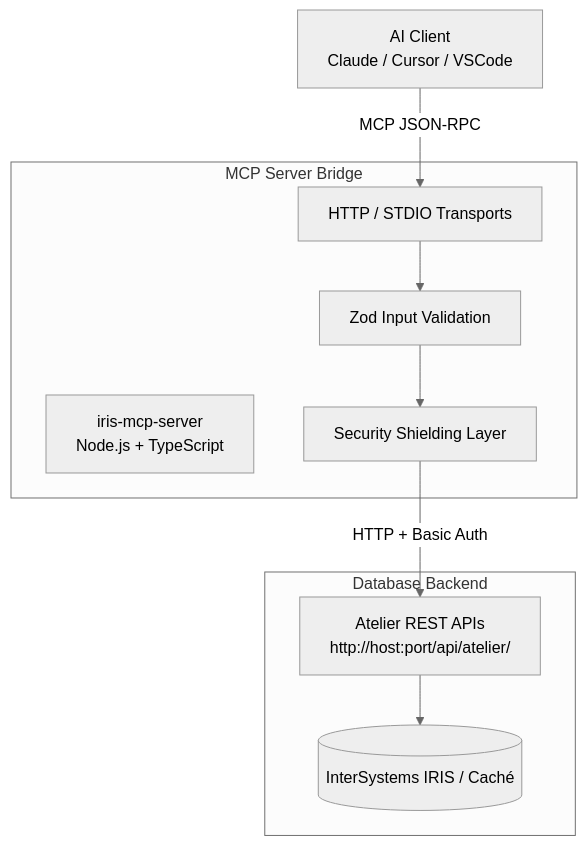
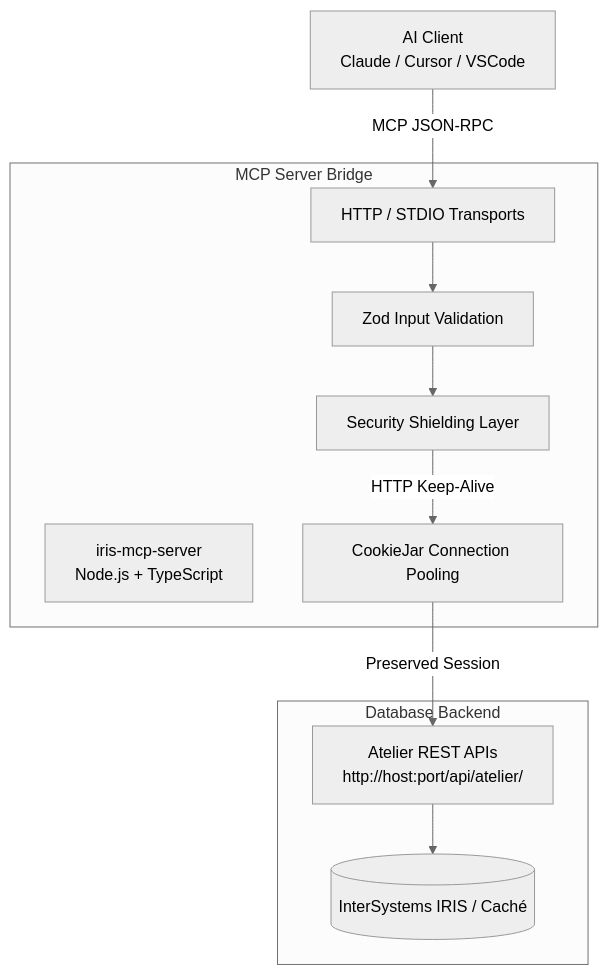
One commit to Muthu0044/iris-mcp-server changed the diagram in README.md. Above: the diagram before and after it, drawn with Mermaid (neutral theme). The commit also changed other lines of this file, not shown here.

````diff
--- a/README.md
+++ b/README.md
@@ -17,20 +17,22 @@
 ```mermaid
 graph TD
     AI[AI Client <br> Claude / Cursor / VSCode]
     subgraph MCP Server Bridge
         Server[iris-mcp-server <br> Node.js + TypeScript]
         Transport[HTTP / STDIO Transports]
         Schema[Zod Input Validation]
         Security[Security Shielding Layer]
+        Cookies[CookieJar Connection Pooling]
     end
     subgraph Database Backend
         Atelier[Atelier REST APIs <br> http://host:port/api/atelier/]
         IRIS[(InterSystems IRIS / Caché)]
     end
 
     AI -- MCP JSON-RPC --> Transport
     Transport --> Schema
     Schema --> Security
-    Security -- HTTP + Basic Auth --> Atelier
+    Security -- HTTP Keep-Alive --> Cookies
+    Cookies -- Preserved Session --> Atelier
     Atelier --> IRIS
 ```
````
